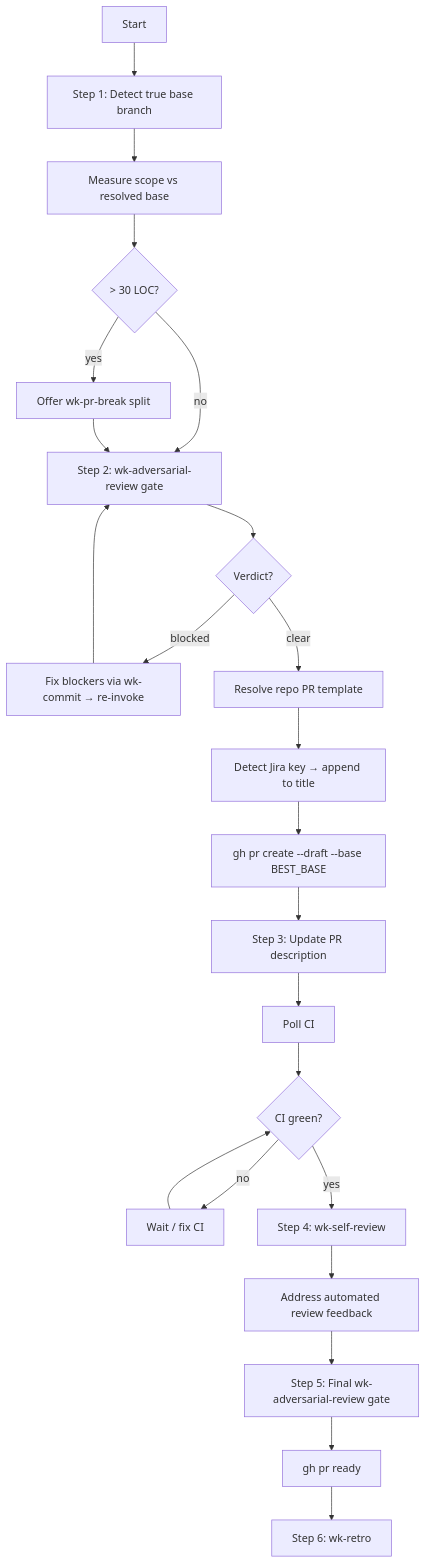
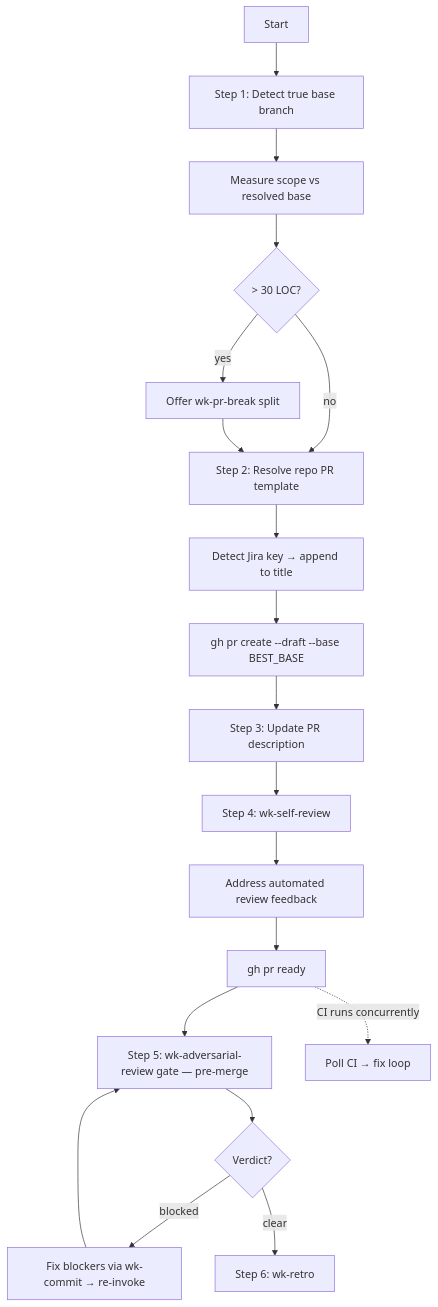
The diagram in skills/pr/README.md (whizzzkid/skills), drawn with Mermaid before and after one commit. The commit also changed other lines of this file and 16 other files, not shown here.

First line of the commit message:
fix(skills): 🛡️ workflow — anchor the adversarial-review gate to merge, not every push

````diff
--- a/skills/pr/README.md
+++ b/skills/pr/README.md
@@ -17,31 +17,26 @@
 ```mermaid
 flowchart TD
     A[Start] --> B[Step 1: Detect true base branch]
     B --> C[Measure scope vs resolved base]
     C --> D{> 30 LOC?}
     D -->|yes| E[Offer wk-pr-break split]
-    D -->|no| F[Step 2: wk-adversarial-review gate]
-    E --> F
-    F --> G{Verdict?}
-    G -->|blocked| H[Fix blockers via wk-commit → re-invoke]
-    H --> F
-    G -->|clear| I[Resolve repo PR template]
+    D -->|no| I[Step 2: Resolve repo PR template]
+    E --> I
     I --> J[Detect Jira key → append to title]
     J --> K[gh pr create --draft --base BEST_BASE]
     K --> L[Step 3: Update PR description]
-    L --> M[Poll CI]
-    M --> N{CI green?}
-    N -->|no| O[Wait / fix CI]
-    O --> N
-    N -->|yes| P[Step 4: wk-self-review]
+    L --> P[Step 4: wk-self-review]
     P --> Q[Address automated review feedback]
-    Q --> R[Step 5: Final wk-adversarial-review gate]
-    R --> S[gh pr ready]
-    S --> T[Step 6: wk-retro]
+    Q --> S[gh pr ready]
+    S --> R[Step 5: wk-adversarial-review gate — pre-merge]
+    S -.->|CI runs concurrently| M[Poll CI → fix loop]
+    R --> G{Verdict?}
+    G -->|blocked| H[Fix blockers via wk-commit → re-invoke]
+    H --> R
+    G -->|clear| T[Step 6: wk-retro]
     click E href "https://github.com/whizzzkid/skills/blob/main/skills/pr-break/README.md" _blank
-    click F href "https://github.com/whizzzkid/skills/blob/main/skills/adversarial-review/README.md" _blank
     click H href "https://github.com/whizzzkid/skills/blob/main/skills/commit/README.md" _blank
     click P href "https://github.com/whizzzkid/skills/blob/main/skills/self-review/README.md" _blank
     click R href "https://github.com/whizzzkid/skills/blob/main/skills/adversarial-review/README.md" _blank
     click T href "https://github.com/whizzzkid/skills/blob/main/skills/retro/README.md" _blank
 ```
````
